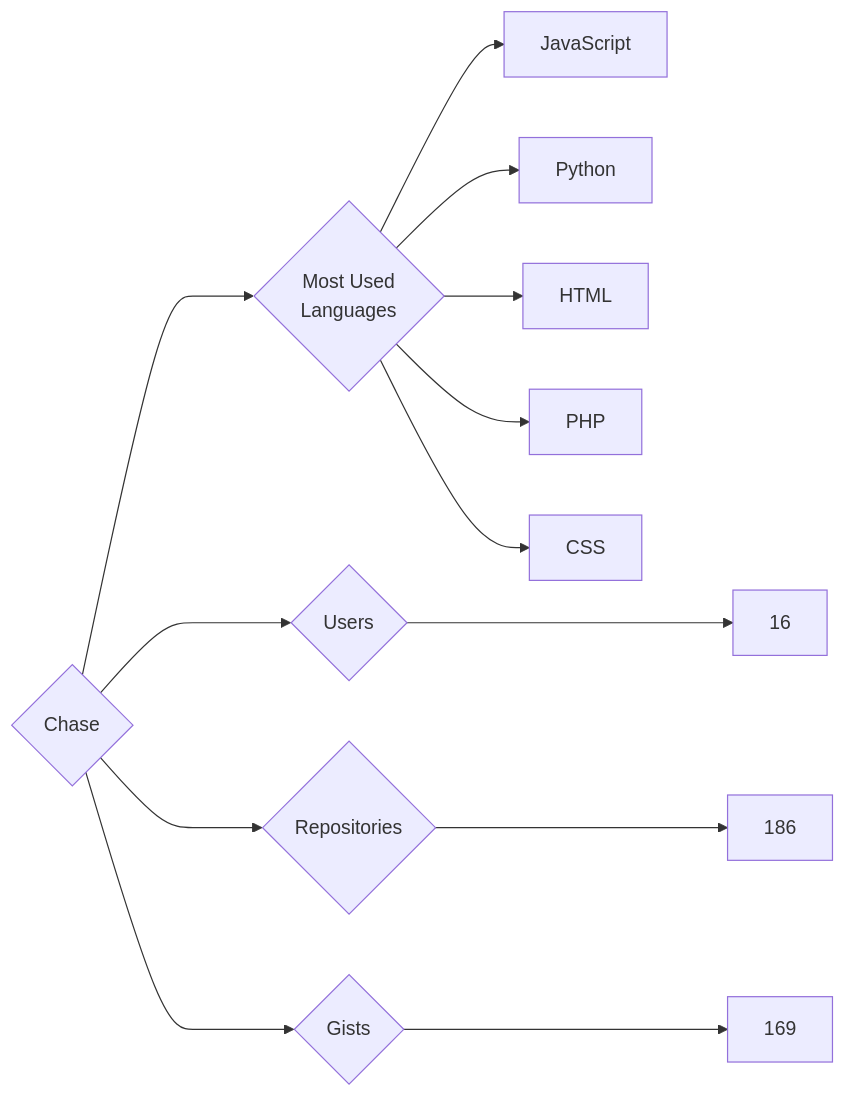
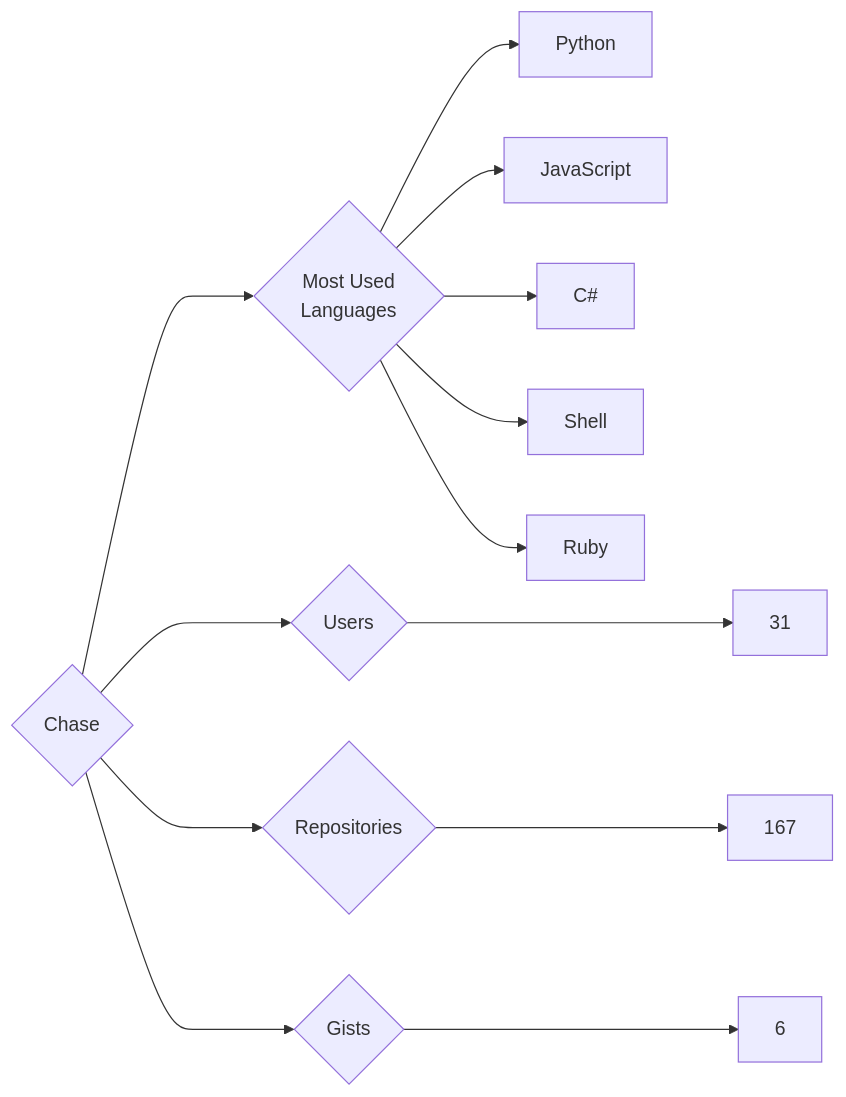
One commit to trickest/insiders changed the diagram in targets/Chase/README.md. Above: the diagram before and after it, drawn with Mermaid. The commit also changed 924 other files, not shown here.

````diff
--- a/targets/Chase/README.md
+++ b/targets/Chase/README.md
@@ -3,13 +3,13 @@
 ```mermaid
 graph LR
 COMPANY_NAME{Chase}
-COMPANY_NAME ---> U{Users} ---> UN[16]
-COMPANY_NAME ---> R{Repositories} ---> RN[186]
-COMPANY_NAME ---> G{Gists} ---> GN[169]
+COMPANY_NAME ---> U{Users} ---> UN[31]
+COMPANY_NAME ---> R{Repositories} ---> RN[167]
+COMPANY_NAME ---> G{Gists} ---> GN[6]
 COMPANY_NAME ---> ML{Most Used<br>Languages}
+ML --> Python[Python]
 ML --> JavaScript[JavaScript]
-ML --> Python[Python]
-ML --> HTML[HTML]
-ML --> PHP[PHP]
-ML --> CSS[CSS]
+ML --> C#[C#]
+ML --> Shell[Shell]
+ML --> Ruby[Ruby]
 ```
````
